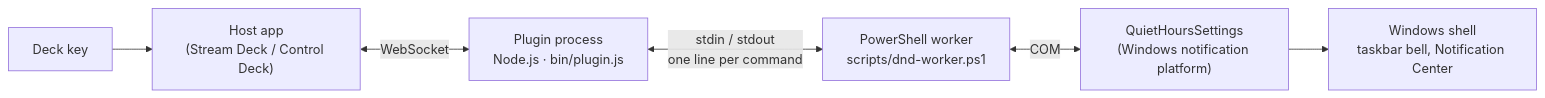
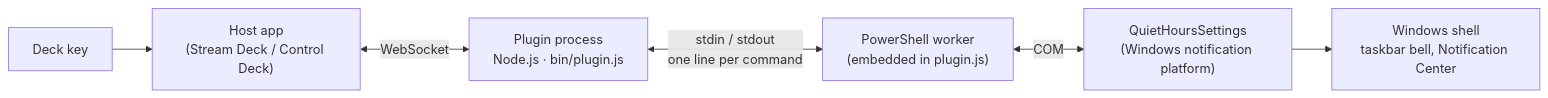
Before and after one commit to MCristoni/windows-shortcuts-streamdeck: the diagram in docs/how-it-works.md, drawn with Mermaid. The commit also changed other lines of this file and 24 other files, not shown here.

````diff
--- a/docs/how-it-works.md
+++ b/docs/how-it-works.md
@@ -7,8 +7,8 @@
 ```mermaid
 flowchart LR
     Deck["Deck key"] --> Host["Host app<br/>(Stream Deck / Control Deck)"]
     Host <-->|WebSocket| Plugin["Plugin process<br/>Node.js · bin/plugin.js"]
-    Plugin <-->|"stdin / stdout<br/>one line per command"| Worker["PowerShell worker<br/>scripts/dnd-worker.ps1"]
+    Plugin <-->|"stdin / stdout<br/>one line per command"| Worker["PowerShell worker<br/>(embedded in plugin.js)"]
     Worker <-->|COM| QH["QuietHoursSettings<br/>(Windows notification platform)"]
     QH --> Shell["Windows shell<br/>taskbar bell, Notification Center"]
 ```
````
